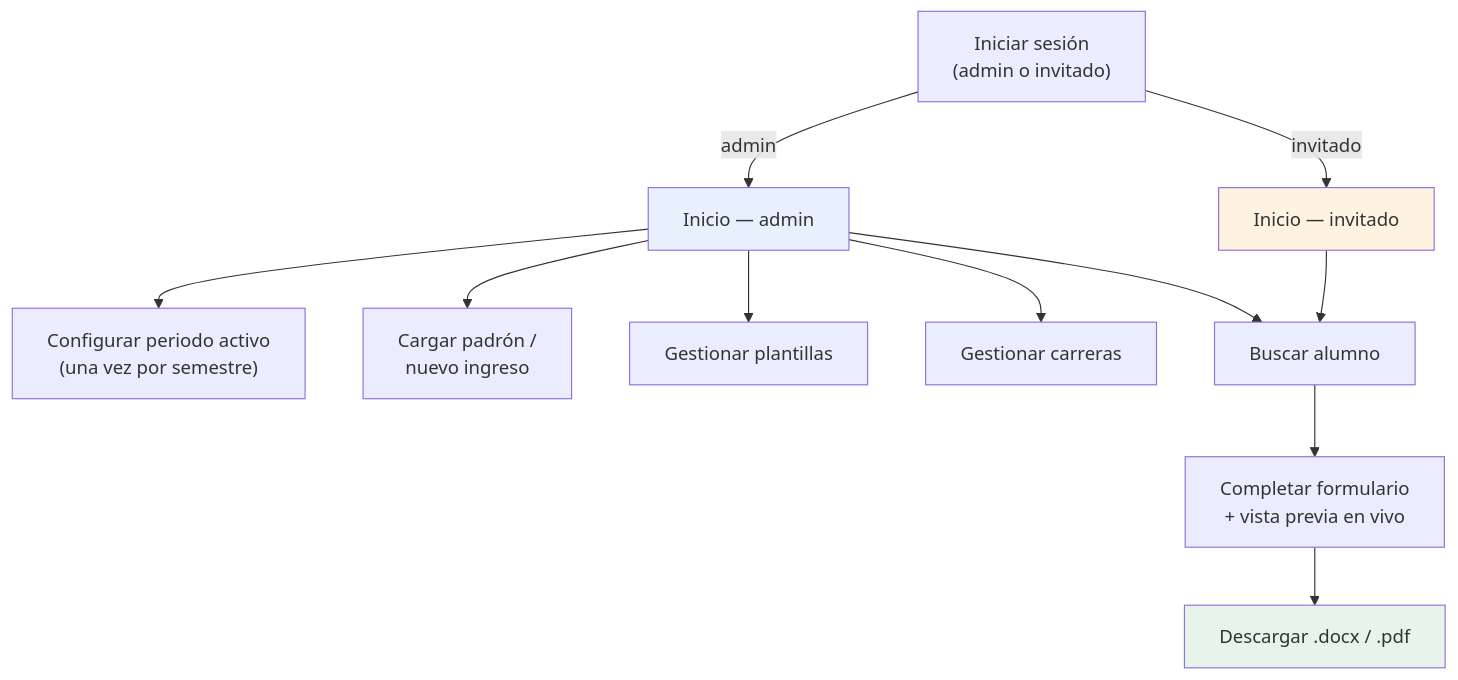
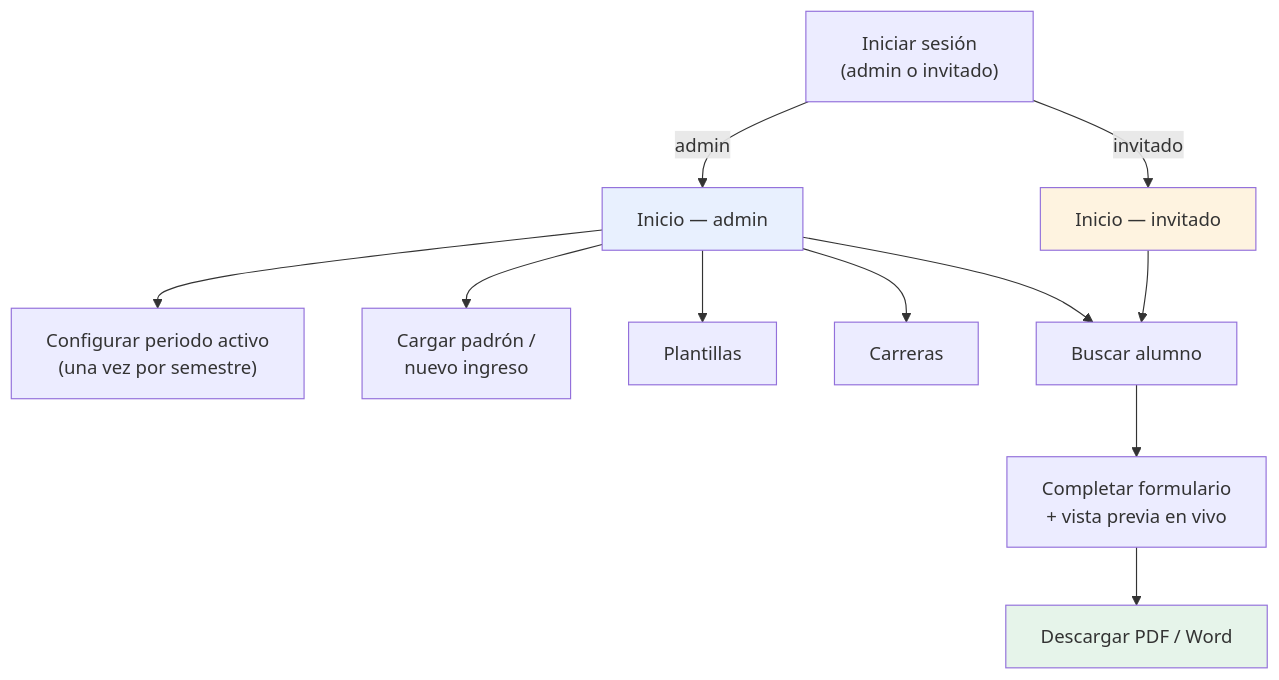
One commit to iamHN3Y/constancias-uaem-tianguistenco changed the diagram in docs/MANUAL_USUARIO.md. Above: the diagram before and after it, drawn with Mermaid. The commit also changed other lines of this file and 14 other files, not shown here.

````diff
--- a/docs/MANUAL_USUARIO.md
+++ b/docs/MANUAL_USUARIO.md
@@ -18,21 +18,21 @@
 ```mermaid
 flowchart TD
     Login["Iniciar sesión<br/>(admin o invitado)"]
     Login -->|admin| HomeA["Inicio — admin"]
     Login -->|invitado| HomeI["Inicio — invitado"]
 
     HomeA --> Periodo["Configurar periodo activo<br/>(una vez por semestre)"]
     HomeA --> Datos["Cargar padrón /<br/>nuevo ingreso"]
-    HomeA --> Plantillas["Gestionar plantillas"]
-    HomeA --> Carreras["Gestionar carreras"]
+    HomeA --> Plantillas["Plantillas"]
+    HomeA --> Carreras["Carreras"]
     HomeA --> Buscar["Buscar alumno"]
 
     HomeI --> Buscar
 
     Buscar --> Generar["Completar formulario<br/>+ vista previa en vivo"]
-    Generar --> Descargar["Descargar .docx / .pdf"]
+    Generar --> Descargar["Descargar PDF / Word"]
 
     style HomeA fill:#e8f0fe
     style HomeI fill:#fef3e0
     style Descargar fill:#e6f4ea
 ```
````
